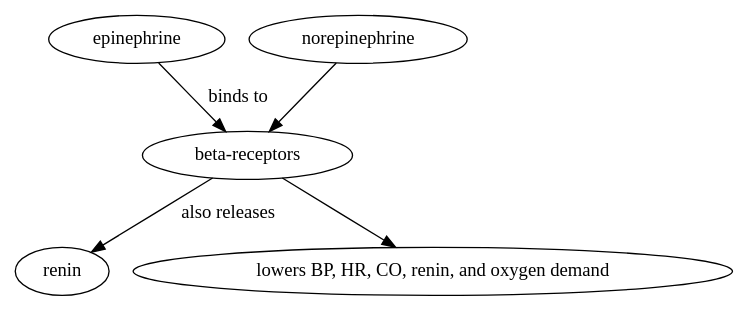
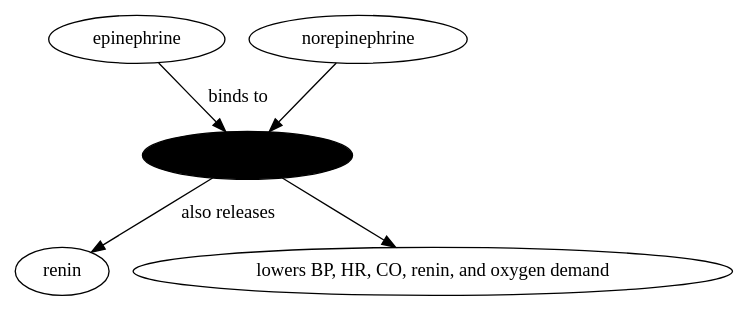
One commit to meirisoda/school_spring2024 changed the second of 2 diagrams in NURS380_Practicum/Topics/Pharmacology/Cardiology Basics.md. Above: the diagram before and after it, drawn with Graphviz.

Commit message:
vault backup: 2024-02-19 16:34:15

````diff
--- a/NURS380_Practicum/Topics/Pharmacology/Cardiology Basics.md
+++ b/NURS380_Practicum/Topics/Pharmacology/Cardiology Basics.md
@@ -38,14 +38,14 @@
 ```dot
 digraph G {
-	A [label="beta-receptors"];
+	A [label="beta-receptors", style=filled, color=li];
 	B [label="epinephrine"];
 	C [label="norepinephrine"];
 	D [label="renin"];
 	E [label="lowers BP, HR, CO, renin, and oxygen demand"];
 
 	B -> A [label="binds to"];
 	C -> A
 	A -> D [label="also releases"];
 	A -> E 
 }
 ```
````
